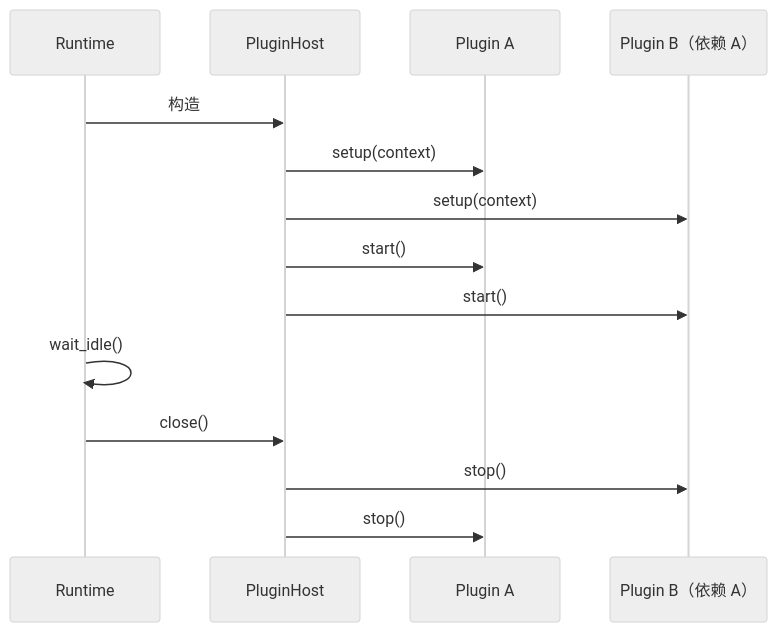
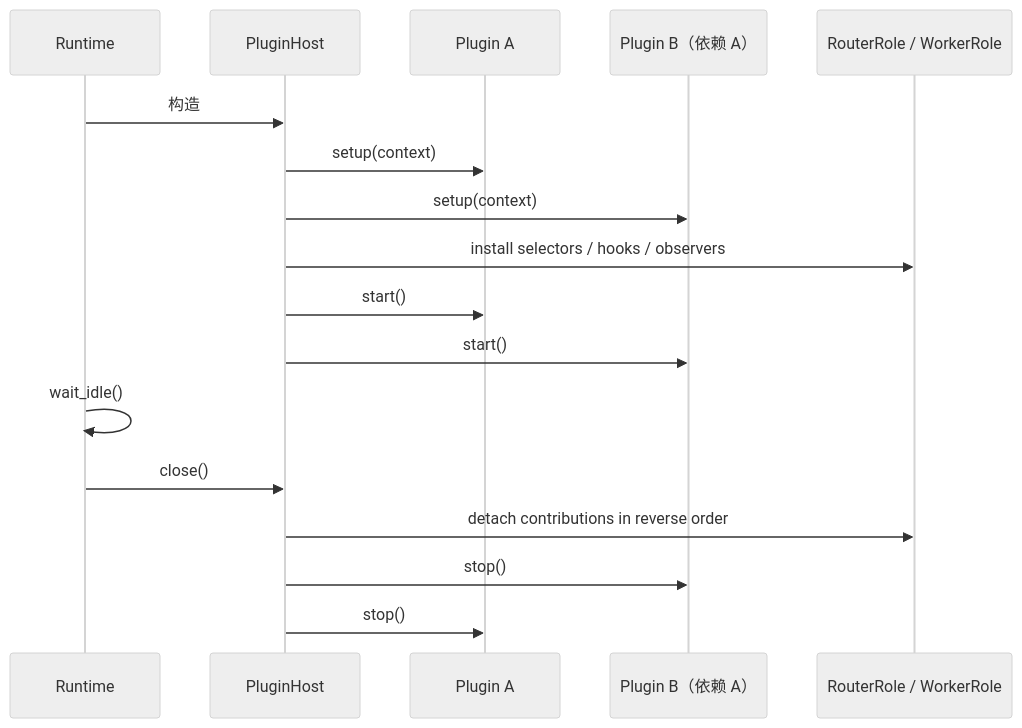
Before and after one commit to KKKKKKKEM/interlace: the second of 3 diagrams in docs/07-plugins.md, drawn with Mermaid (neutral theme). The commit also changed other lines of this file and 37 other files, not shown here.

````diff
--- a/docs/07-plugins.md
+++ b/docs/07-plugins.md
@@ -332,17 +347,20 @@
 ```mermaid
 sequenceDiagram
     participant R as Runtime
     participant H as PluginHost
     participant A as Plugin A
     participant B as Plugin B（依赖 A）
+    participant Roles as RouterRole / WorkerRole
 
     R->>H: 构造
     H->>A: setup(context)
     H->>B: setup(context)
+    H->>Roles: install selectors / hooks / observers
     H->>A: start()
     H->>B: start()
     R->>R: wait_idle()
     R->>H: close()
+    H->>Roles: detach contributions in reverse order
     H->>B: stop()
     H->>A: stop()
 ```
````
